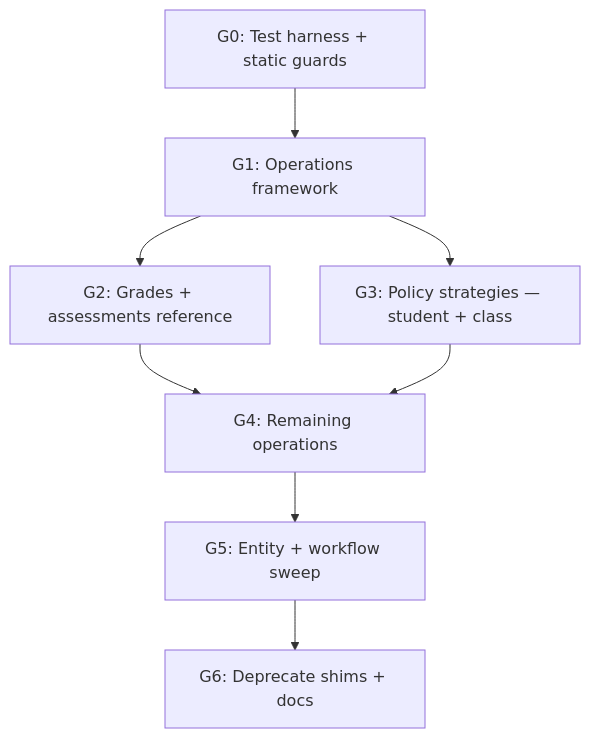
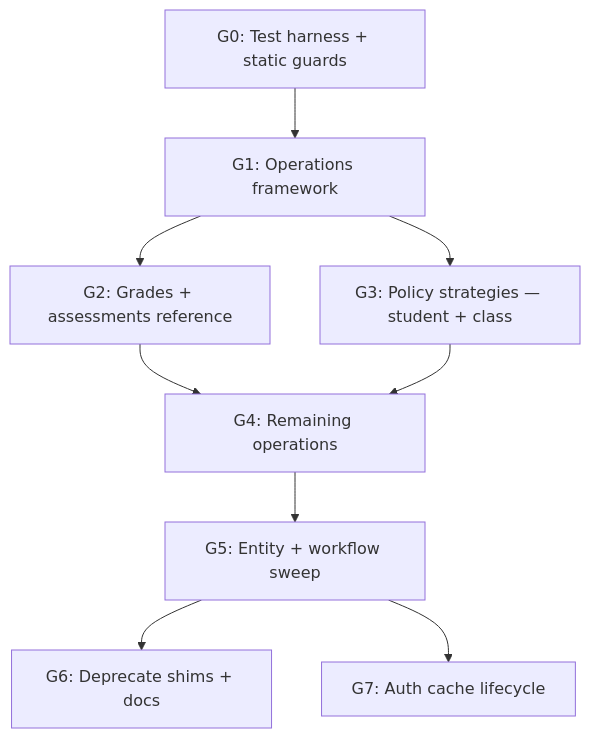
Before and after one commit to Maya-Invest/edaya_backend: the third of 3 diagrams in docs/sprints/authorization-operations-plan.md, drawn with Mermaid. The commit also changed other lines of this file and 180 other files, not shown here.

First line of the commit message:
feat: implement AuthCacheInvalidationPort and refactor authorization operations

````diff
--- a/docs/sprints/authorization-operations-plan.md
+++ b/docs/sprints/authorization-operations-plan.md
@@ -339,18 +522,20 @@
 ```mermaid
 flowchart TD
   G0[G0: Test harness + static guards]
   G1[G1: Operations framework]
   G2[G2: Grades + assessments reference]
   G3[G3: Policy strategies — student + class]
   G4[G4: Remaining operations]
   G5[G5: Entity + workflow sweep]
   G6[G6: Deprecate shims + docs]
+  G7[G7: Auth cache lifecycle]
 
   G0 --> G1
   G1 --> G2
   G1 --> G3
   G2 --> G4
   G3 --> G4
   G4 --> G5
   G5 --> G6
+  G5 --> G7
 ```
````
